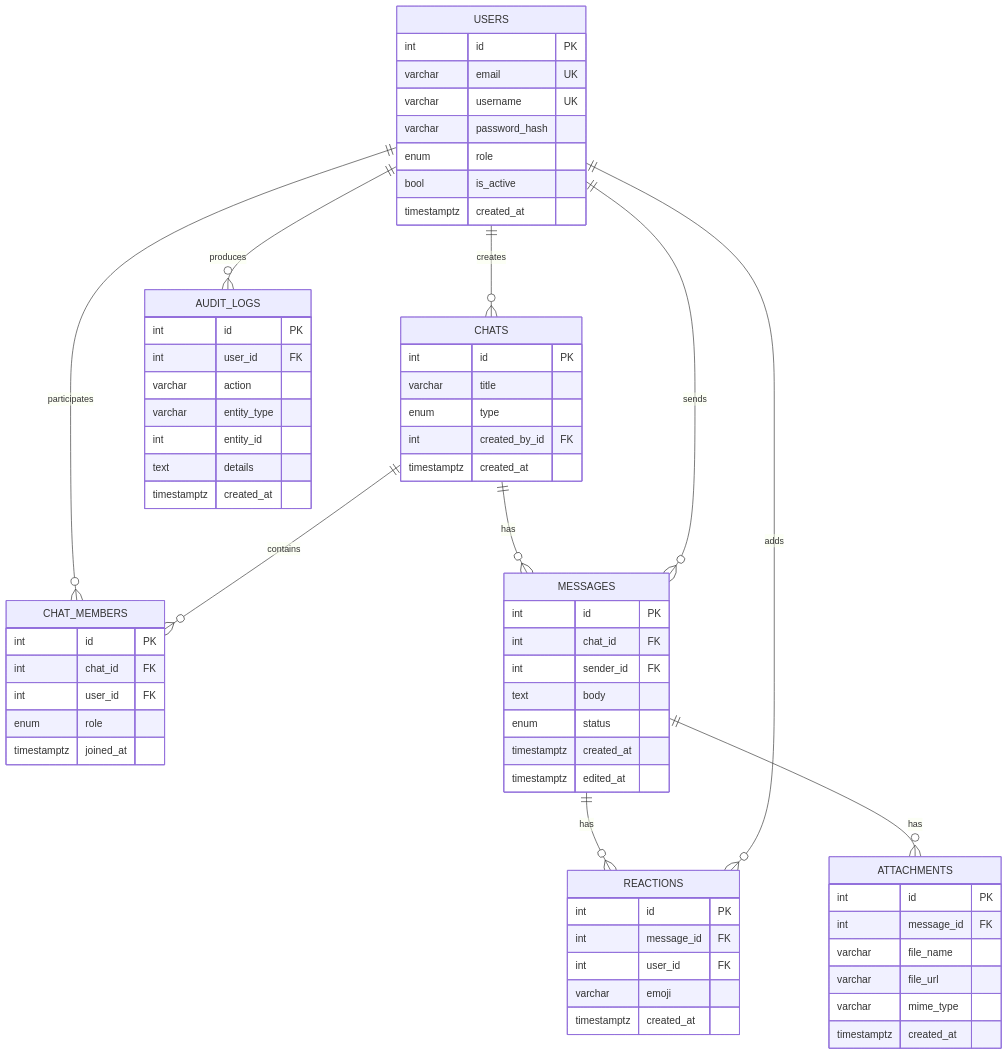
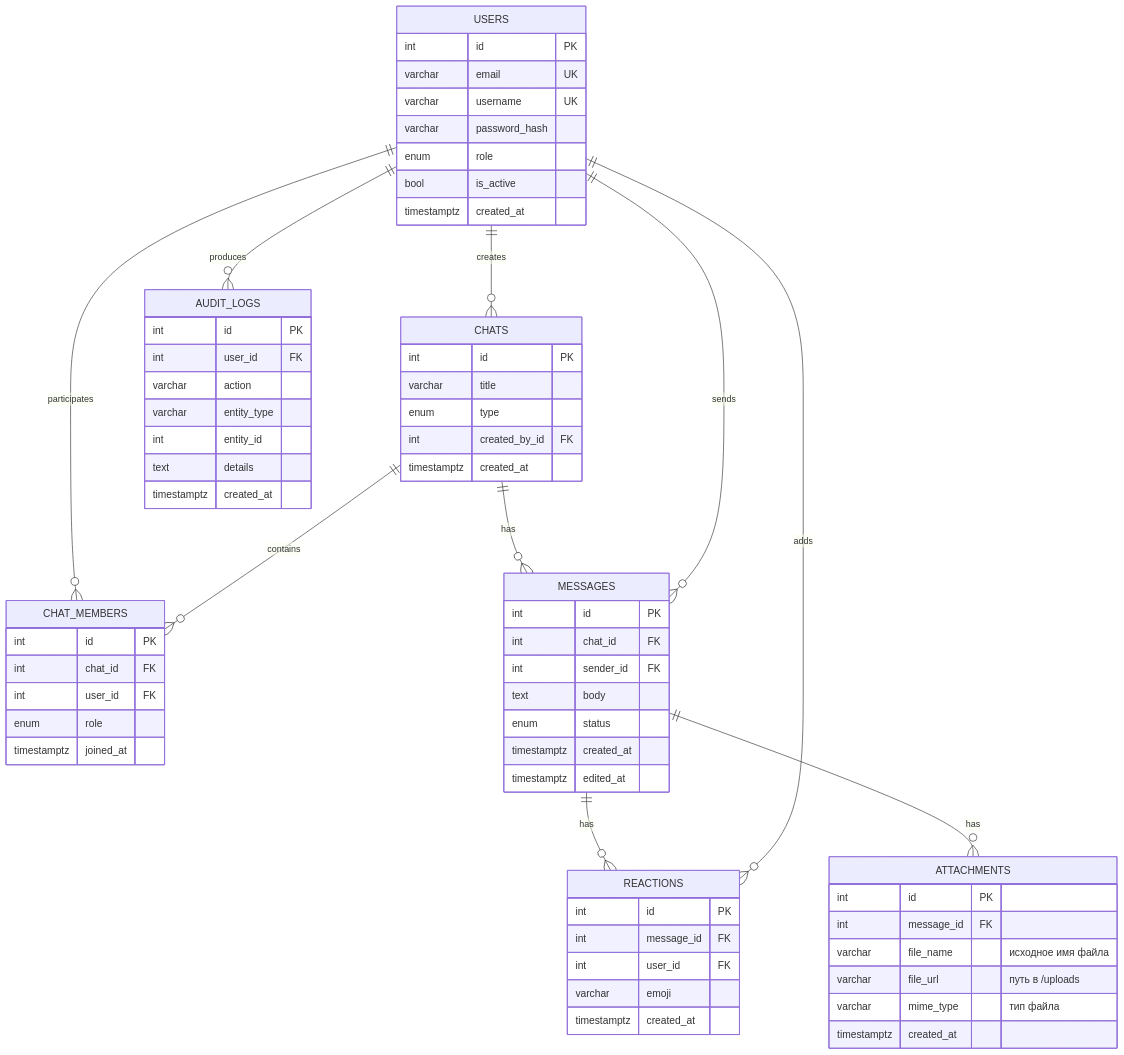
The diagram in docs/er_diagram.md (yumio-sh22/messenger_vk), drawn with Mermaid before and after one commit. The commit also changed other lines of this file and 14 other files, not shown here.

````diff
--- a/docs/er_diagram.md
+++ b/docs/er_diagram.md
@@ -3,75 +3,75 @@
 ```mermaid
 erDiagram
     USERS ||--o{ CHAT_MEMBERS : participates
     CHATS ||--o{ CHAT_MEMBERS : contains
     USERS ||--o{ CHATS : creates
     CHATS ||--o{ MESSAGES : has
     USERS ||--o{ MESSAGES : sends
     MESSAGES ||--o{ REACTIONS : has
     USERS ||--o{ REACTIONS : adds
     MESSAGES ||--o{ ATTACHMENTS : has
     USERS ||--o{ AUDIT_LOGS : produces
 
     USERS {
         int id PK
         varchar email UK
         varchar username UK
         varchar password_hash
         enum role
         bool is_active
         timestamptz created_at
     }
 
     CHATS {
         int id PK
         varchar title
         enum type
         int created_by_id FK
         timestamptz created_at
     }
 
     CHAT_MEMBERS {
         int id PK
         int chat_id FK
         int user_id FK
         enum role
         timestamptz joined_at
     }
 
     MESSAGES {
         int id PK
         int chat_id FK
         int sender_id FK
         text body
         enum status
         timestamptz created_at
         timestamptz edited_at
     }
 
     REACTIONS {
         int id PK
         int message_id FK
         int user_id FK
         varchar emoji
         timestamptz created_at
     }
 
     ATTACHMENTS {
         int id PK
         int message_id FK
-        varchar file_name
-        varchar file_url
-        varchar mime_type
+        varchar file_name "исходное имя файла"
+        varchar file_url "путь в /uploads"
+        varchar mime_type "тип файла"
         timestamptz created_at
     }
 
     AUDIT_LOGS {
         int id PK
         int user_id FK
         varchar action
         varchar entity_type
         int entity_id
         text details
         timestamptz created_at
     }
 ```
````
